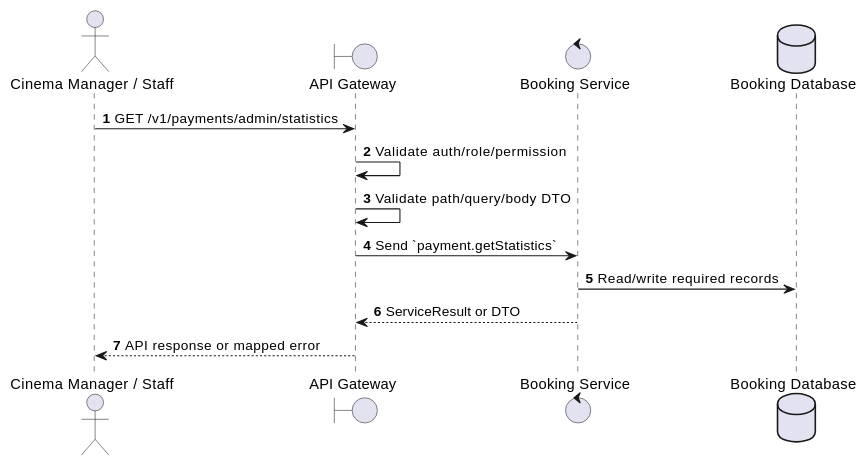
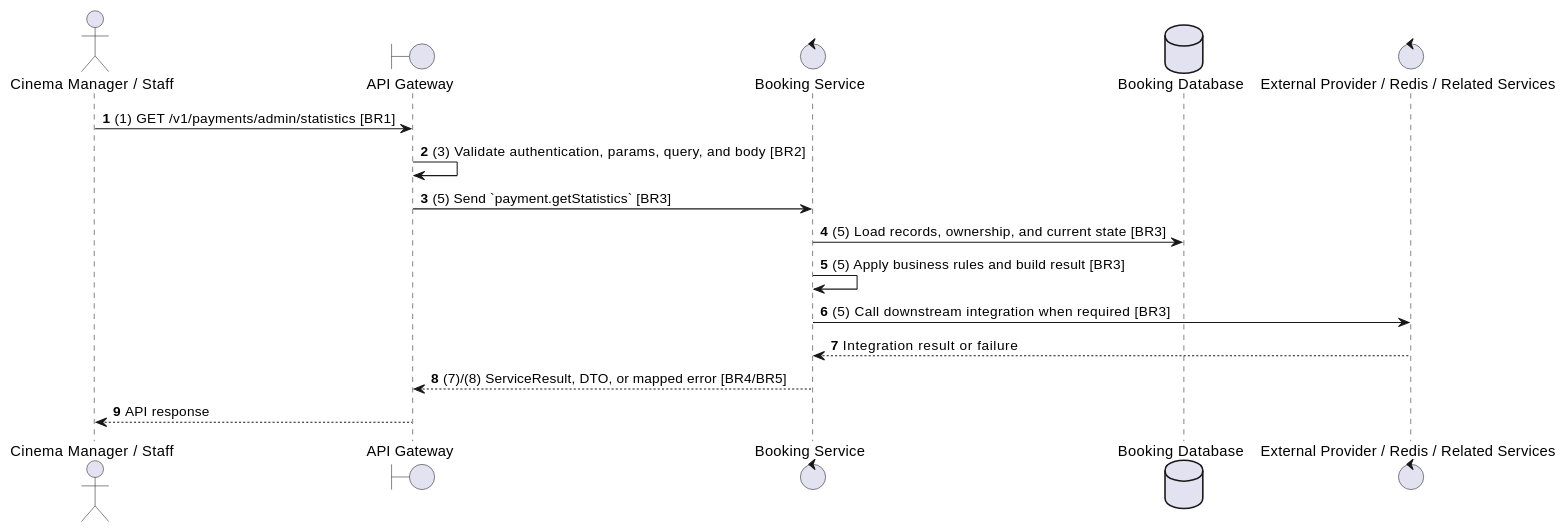
One commit to Tanh1603/movie-hub-architecture changed the second of 2 diagrams in docs/functional_specs/3.6_Payment_Transaction_Module/PY-A04_Get_Payment_Statistics.md. Above: the diagram before and after it, drawn with PlantUML. The commit also changed other lines of this file and 129 other files, not shown here.

````diff
--- a/docs/functional_specs/3.6_Payment_Transaction_Module/PY-A04_Get_Payment_Statistics.md
+++ b/docs/functional_specs/3.6_Payment_Transaction_Module/PY-A04_Get_Payment_Statistics.md
@@ -17,17 +64,20 @@
 ```plantuml
 @startuml
 autonumber
 actor "Cinema Manager / Staff" as Actor
 boundary "API Gateway" as GW
 control "Booking Service" as SVC
 database "Booking Database" as DB
+control "External Provider / Redis / Related Services" as EXT
 
-Actor -> GW: GET /v1/payments/admin/statistics
-GW -> GW: Validate auth/role/permission
-GW -> GW: Validate path/query/body DTO
-GW -> SVC: Send `payment.getStatistics`
-SVC -> DB: Read/write required records
-SVC --> GW: ServiceResult or DTO
-GW --> Actor: API response or mapped error
+Actor -> GW: (1) GET /v1/payments/admin/statistics [BR1]
+GW -> GW: (3) Validate authentication, params, query, and body [BR2]
+GW -> SVC: (5) Send `payment.getStatistics` [BR3]
+SVC -> DB: (5) Load records, ownership, and current state [BR3]
+SVC -> SVC: (5) Apply business rules and build result [BR3]
+SVC -> EXT: (5) Call downstream integration when required [BR3]
+EXT --> SVC: Integration result or failure
+SVC --> GW: (7)/(8) ServiceResult, DTO, or mapped error [BR4/BR5]
+GW --> Actor: API response
 @enduml
 ```
````
